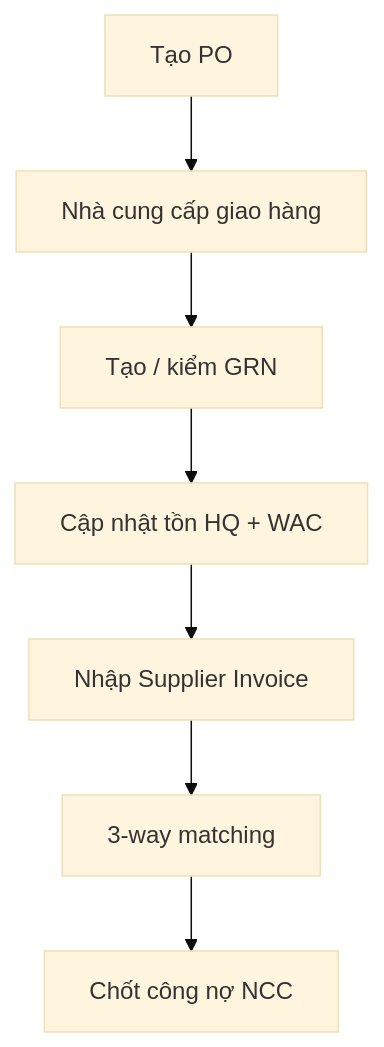
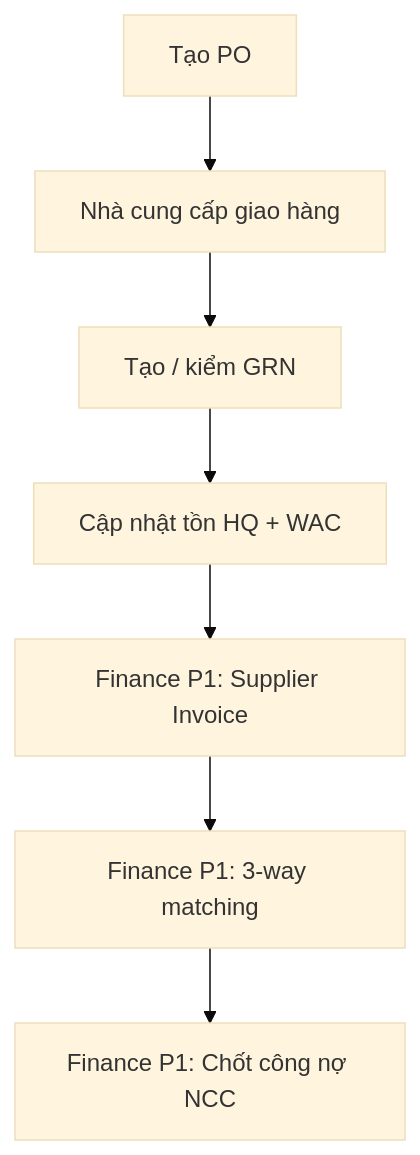
One commit to comtammatu/comtammatu changed the second of 11 diagrams in docs/worklog/inventory/inventory-ux-workflow-review.md. Above: the diagram before and after it, drawn with Mermaid (base theme). The commit also changed other lines of this file and 18 other files, not shown here.

````diff
--- a/docs/worklog/inventory/inventory-ux-workflow-review.md
+++ b/docs/worklog/inventory/inventory-ux-workflow-review.md
@@ -76,12 +76,12 @@
 ```mermaid
 flowchart TD
     A["Tạo PO"]
     B["Nhà cung cấp giao hàng"]
     C["Tạo / kiểm GRN"]
     D["Cập nhật tồn HQ + WAC"]
-    E["Nhập Supplier Invoice"]
-    F["3-way matching"]
-    G["Chốt công nợ NCC"]
+    E["Finance P1: Supplier Invoice"]
+    F["Finance P1: 3-way matching"]
+    G["Finance P1: Chốt công nợ NCC"]
 
     A --> B --> C --> D --> E --> F --> G
 ```
````
